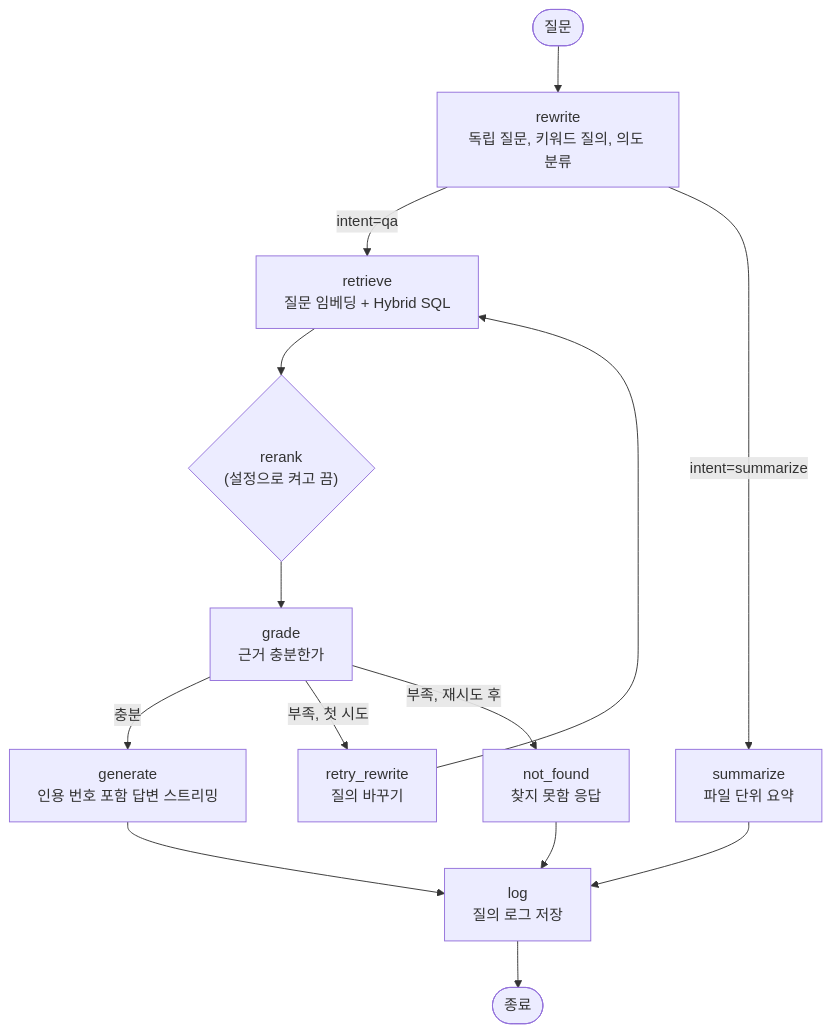
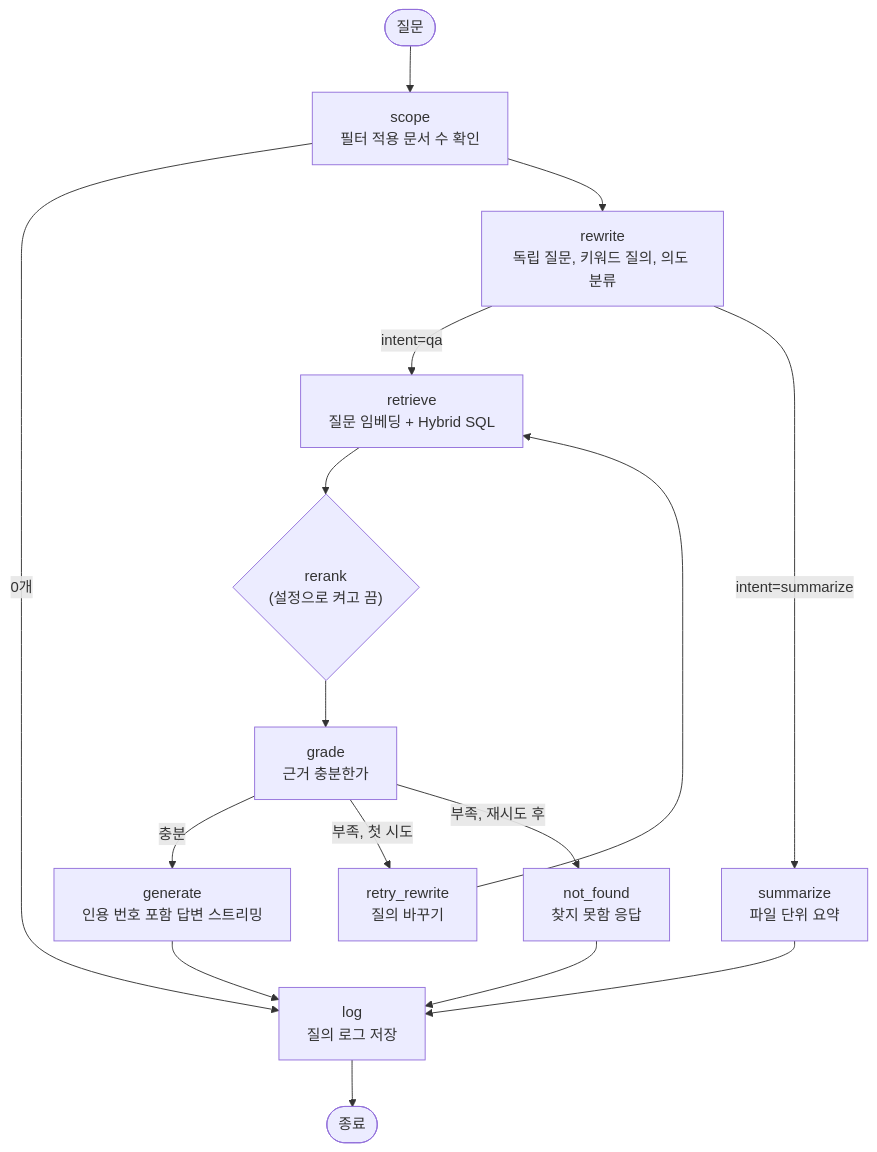
The fourth of 4 diagrams in docs/TRD.md (chanjin23/chanjin-rag), drawn with Mermaid before and after one commit. The commit also changed other lines of this file and 28 other files, not shown here.

````diff
--- a/docs/TRD.md
+++ b/docs/TRD.md
@@ -470,15 +470,17 @@
 ```mermaid
 flowchart TD
-    START([질문]) --> REWRITE["rewrite<br/>독립 질문, 키워드 질의, 의도 분류"]
+    START([질문]) --> SCOPE["scope<br/>필터 적용 문서 수 확인"]
+    SCOPE -- "0개" --> LOG
+    SCOPE --> REWRITE["rewrite<br/>독립 질문, 키워드 질의, 의도 분류"]
     REWRITE -- "intent=qa" --> RETRIEVE["retrieve<br/>질문 임베딩 + Hybrid SQL"]
     REWRITE -- "intent=summarize" --> SUMMARIZE["summarize<br/>파일 단위 요약"]
     RETRIEVE --> RERANK{"rerank<br/>(설정으로 켜고 끔)"}
     RERANK --> GRADE["grade<br/>근거 충분한가"]
     GRADE -- "충분" --> GENERATE["generate<br/>인용 번호 포함 답변 스트리밍"]
     GRADE -- "부족, 첫 시도" --> RETRY["retry_rewrite<br/>질의 바꾸기"] --> RETRIEVE
     GRADE -- "부족, 재시도 후" --> NOTFOUND["not_found<br/>찾지 못함 응답"]
     GENERATE --> LOG["log<br/>질의 로그 저장"]
     SUMMARIZE --> LOG
     NOTFOUND --> LOG
     LOG --> END([종료])
 ```
````
